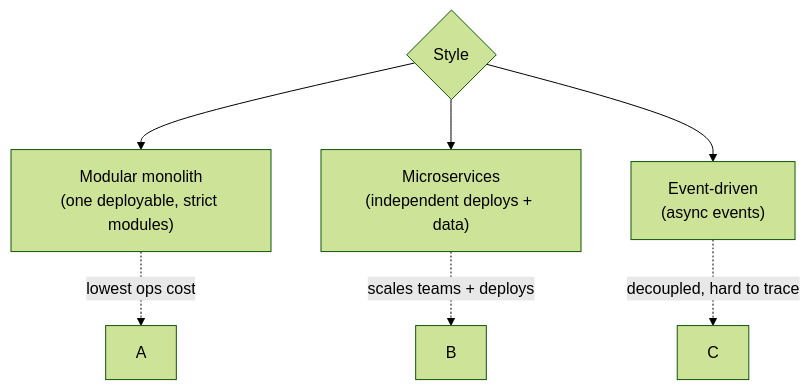
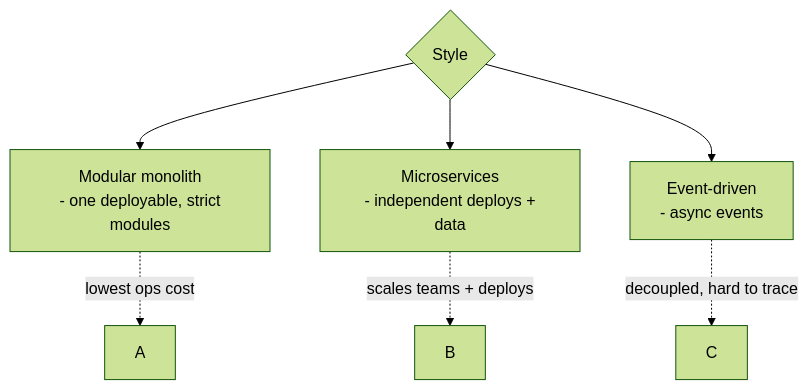
Before and after one commit to RIT-MESH/system-design-mastery: the diagram in docs/05-architecture-patterns/00-monolith-modular-microservices.md, drawn with Mermaid (forest theme). The commit also changed 139 other files, not shown here.

First line of the commit message:
Fix Mermaid parse errors: replace parentheses in node labels across 140 files

````diff
--- a/docs/05-architecture-patterns/00-monolith-modular-microservices.md
+++ b/docs/05-architecture-patterns/00-monolith-modular-microservices.md
@@ -26,11 +26,11 @@
 ```mermaid
 %% created-for: system-design-mastery
 flowchart TB
   Style{"Style"}
-  Style --> Mono["Modular monolith<br/>(one deployable, strict modules)"]
-  Style --> Micro["Microservices<br/>(independent deploys + data)"]
-  Style --> EDA["Event-driven<br/>(async events)"]
+  Style --> Mono["Modular monolith<br/> - one deployable, strict modules"]
+  Style --> Micro["Microservices<br/> - independent deploys + data"]
+  Style --> EDA["Event-driven<br/> - async events"]
   Mono -.lowest ops cost.-> A
   Micro -.scales teams + deploys.-> B
   EDA -.decoupled, hard to trace.-> C
 ```
````
